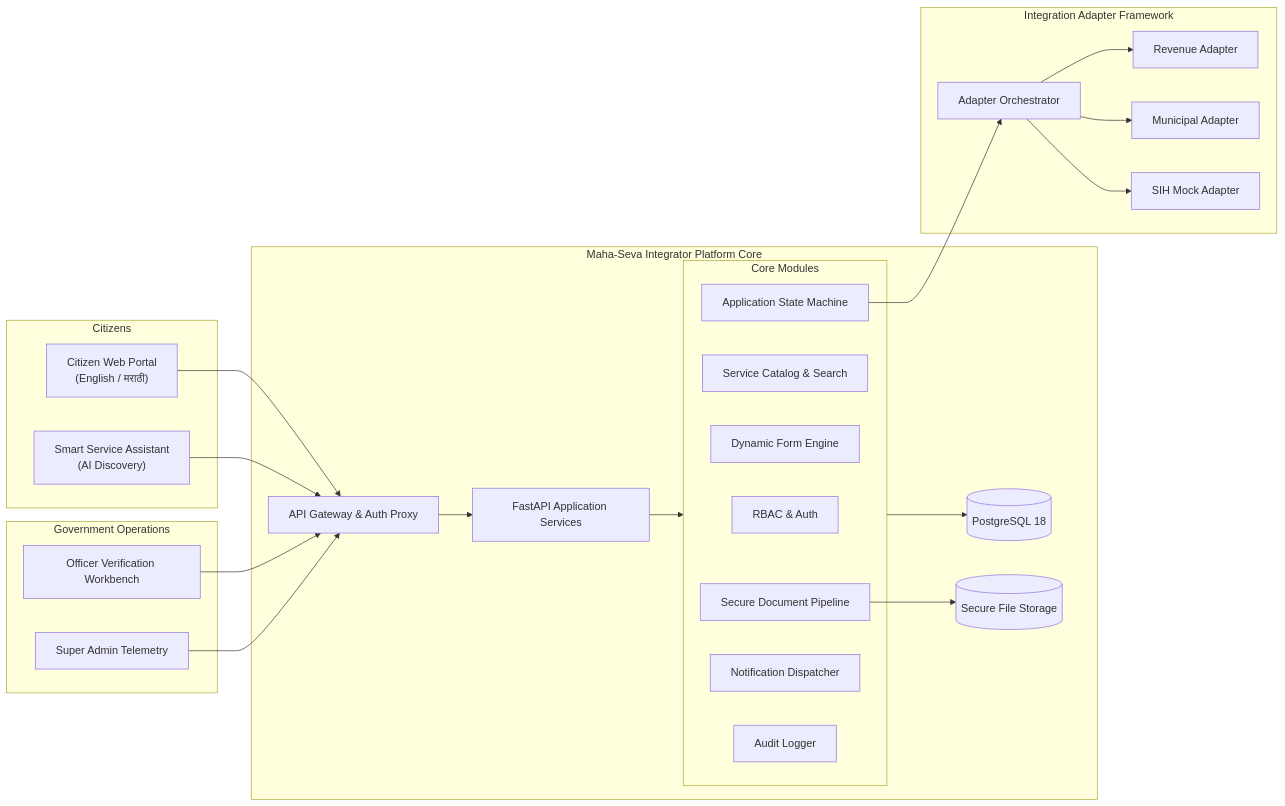
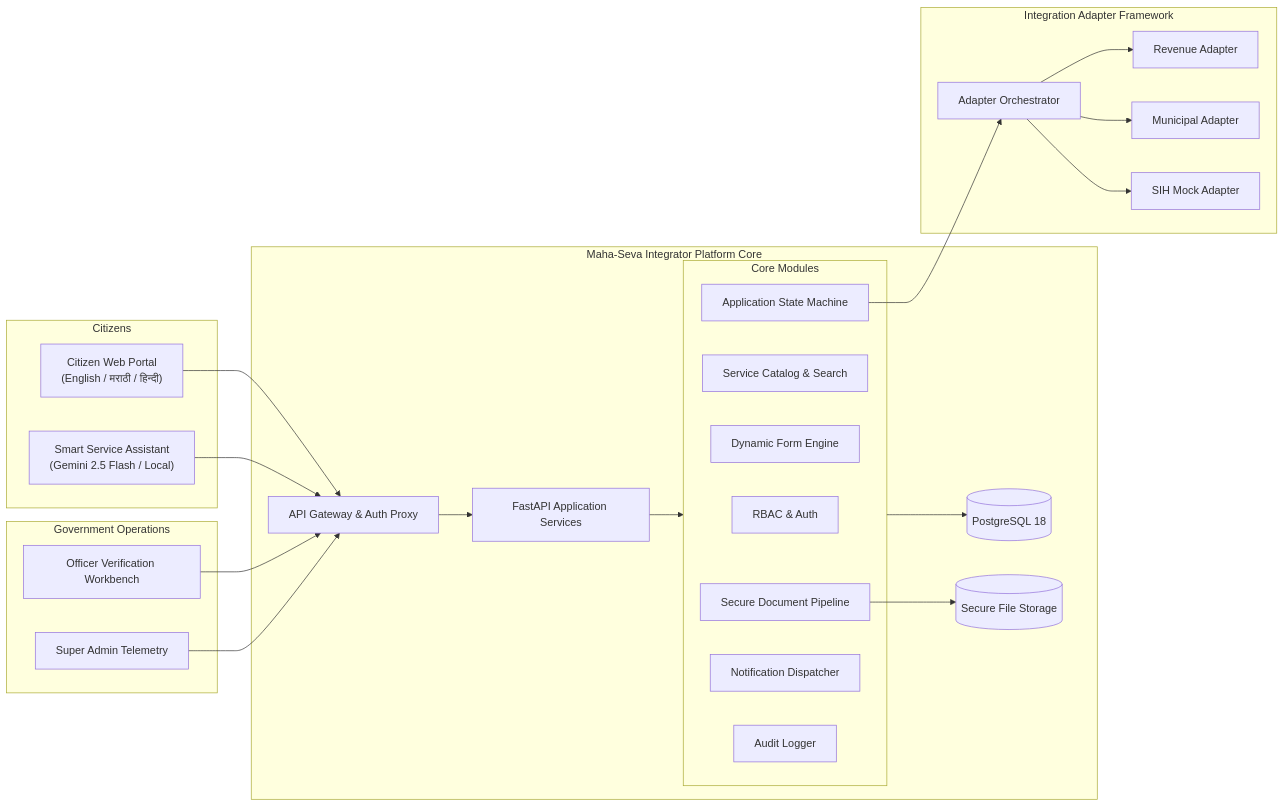
The diagram in README.md (aditya-chandak2005/maha-seva-integrator), drawn with Mermaid before and after one commit. The commit also changed other lines of this file and 22 other files, not shown here.

Commit message:
feat: multi-state federation, trilingual support (Hindi/Marathi/English), and Gemini 2.5 Flash AI assistant

````diff
--- a/README.md
+++ b/README.md
@@ -34,52 +35,52 @@
 ```mermaid
 flowchart LR
     subgraph Citizens["Citizens"]
-        Portal["Citizen Web Portal<br/>(English / मराठी)"]
-        Assistant["Smart Service Assistant<br/>(AI Discovery)"]
+        Portal["Citizen Web Portal<br/>(English / मराठी / हिन्दी)"]
+        Assistant["Smart Service Assistant<br/>(Gemini 2.5 Flash / Local)"]
     end
 
     subgraph CorePlatform["Maha-Seva Integrator Platform Core"]
         Gateway["API Gateway & Auth Proxy"]
         FastAPI["FastAPI Application Services"]
         
         subgraph Services["Core Modules"]
             Auth["RBAC & Auth"]
             Catalog["Service Catalog & Search"]
             Forms["Dynamic Form Engine"]
             Workflow["Application State Machine"]
             DocMgr["Secure Document Pipeline"]
             Notif["Notification Dispatcher"]
             Audit["Audit Logger"]
         end
 
         DB[(PostgreSQL 18)]
         Storage[(Secure File Storage)]
     end
 
     subgraph IntegrationLayer["Integration Adapter Framework"]
         AdapterEngine["Adapter Orchestrator"]
         RevAdapter["Revenue Adapter"]
         MunAdapter["Municipal Adapter"]
         MockAdapter["SIH Mock Adapter"]
     end
 
     subgraph GovtOfficers["Government Operations"]
         OfficerDesk["Officer Verification Workbench"]
         AdminDesk["Super Admin Telemetry"]
     end
 
     Portal --> Gateway
     Assistant --> Gateway
     OfficerDesk --> Gateway
     AdminDesk --> Gateway
 
     Gateway --> FastAPI
     FastAPI --> Services
     Services --> DB
     DocMgr --> Storage
     Workflow --> AdapterEngine
 
     AdapterEngine --> RevAdapter
     AdapterEngine --> MunAdapter
     AdapterEngine --> MockAdapter
 ```
````
